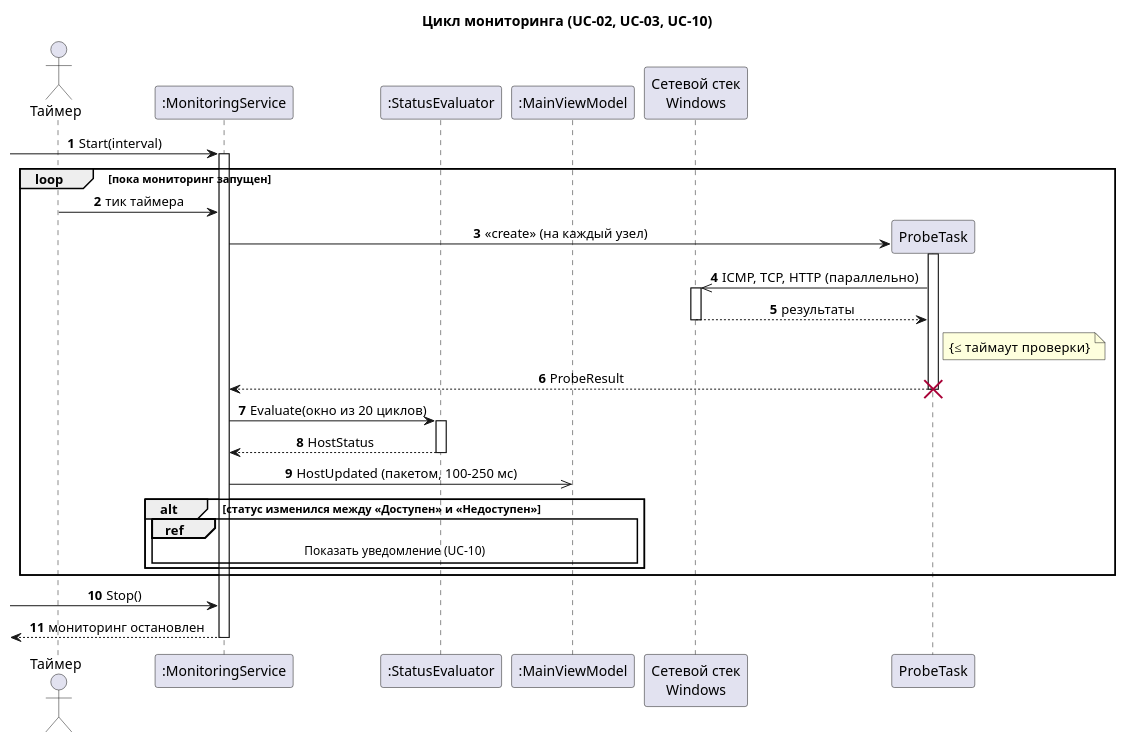
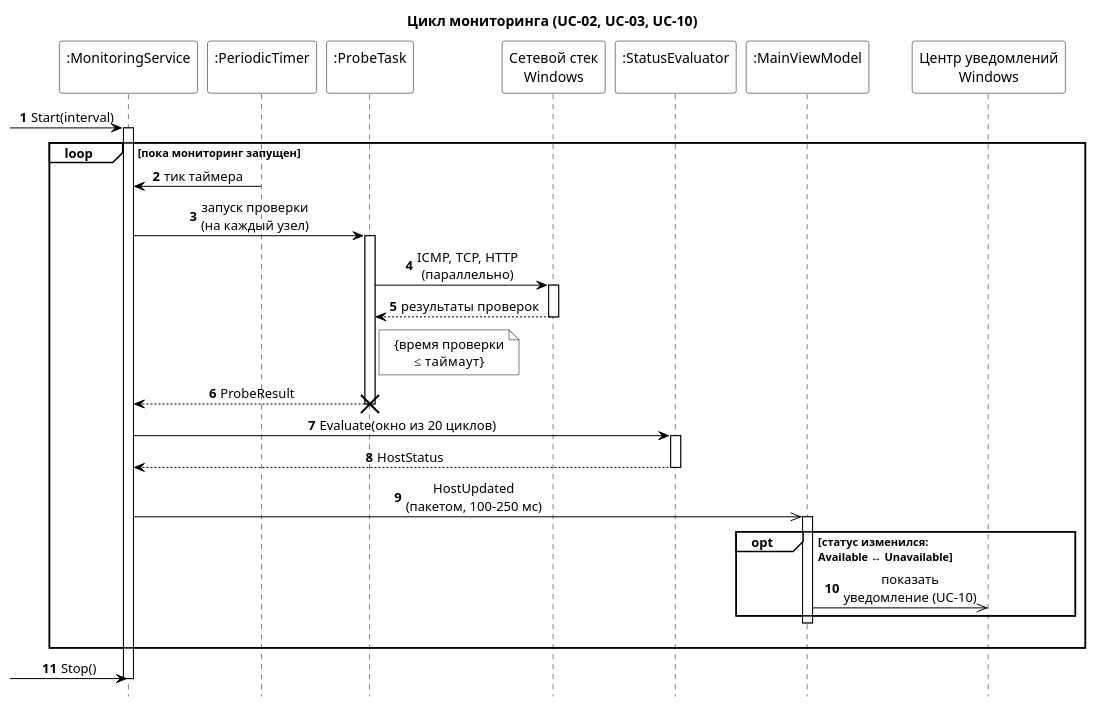
The diagram in docs/uml/src/sequence-monitoring-cycle.puml (Levandovskii/liquid-ping), drawn with PlantUML before and after one commit. The commit also changed 10 other files, not shown here.

Commit message:
fix: diagrams revision

```diff
--- a/docs/uml/src/sequence-monitoring-cycle.puml
+++ b/docs/uml/src/sequence-monitoring-cycle.puml
@@ -1,40 +1,62 @@
 @startuml
+hide footbox
 skinparam shadowing false
 skinparam sequenceMessageAlign center
+skinparam defaultTextAlignment center
+
+skinparam ParticipantMinWidth 145
+skinparam ParticipantBackgroundColor #FFFFFF
+skinparam ParticipantBorderColor #000000
+skinparam ArrowColor #000000
+skinparam SequenceLifeLineBorderColor #000000
+skinparam SequenceLifeLineBackgroundColor #FFFFFF
+skinparam SequenceGroupBackgroundColor #FFFFFF
+skinparam SequenceGroupBorderColor #000000
+skinparam SequenceDestroyColor #D32F2F
+skinparam NoteBackgroundColor #FFFFFF
+skinparam NoteBorderColor #000000
+
 title Цикл мониторинга (UC-02, UC-03, UC-10)
 autonumber
 
-actor "Таймер" as T
-participant ":MonitoringService" as Mon
-participant ":StatusEvaluator" as Ev
-participant ":MainViewModel" as VM
+participant ":MonitoringService\n " as Mon
+participant ":PeriodicTimer\n " as T
+participant ":ProbeTask\n " as PT
 participant "Сетевой стек\nWindows" as Net
+participant ":StatusEvaluator\n " as Ev
+participant ":MainViewModel\n " as VM
+participant "Центр уведомлений\nWindows" as Notif
 
 [-> Mon : Start(interval)
 activate Mon
+
 loop пока мониторинг запущен
     T -> Mon : тик таймера
-    create participant "ProbeTask" as PT
-    Mon -> PT : «create» (на каждый узел)
+    Mon -> PT : запуск проверки\n(на каждый узел)
     activate PT
-    PT ->> Net : ICMP, TCP, HTTP (параллельно)
+    PT -> Net : ICMP, TCP, HTTP\n(параллельно)
     activate Net
-    Net --> PT : результаты
+    Net --> PT : результаты проверок
     deactivate Net
-    note right of PT : {≤ таймаут проверки}
+    note right of PT : {время проверки\n≤ таймаут}
     PT --> Mon : ProbeResult
     deactivate PT
     destroy PT
+
     Mon -> Ev : Evaluate(окно из 20 циклов)
     activate Ev
     Ev --> Mon : HostStatus
     deactivate Ev
-    Mon ->> VM : HostUpdated (пакетом, 100–250 мс)
-    alt статус изменился между «Доступен» и «Недоступен»
-        ref over Mon, VM : Показать уведомление (UC-10)
+
+    Mon ->> VM : HostUpdated\n(пакетом, 100–250 мс)
+    activate VM
+    opt статус изменился:\nAvailable ↔ Unavailable
+        VM ->> Notif : показать\nуведомление (UC-10)
     end
+    deactivate VM
+    |||
 end
+
 [-> Mon : Stop()
-[<-- Mon : мониторинг остановлен
 deactivate Mon
 @enduml
```
